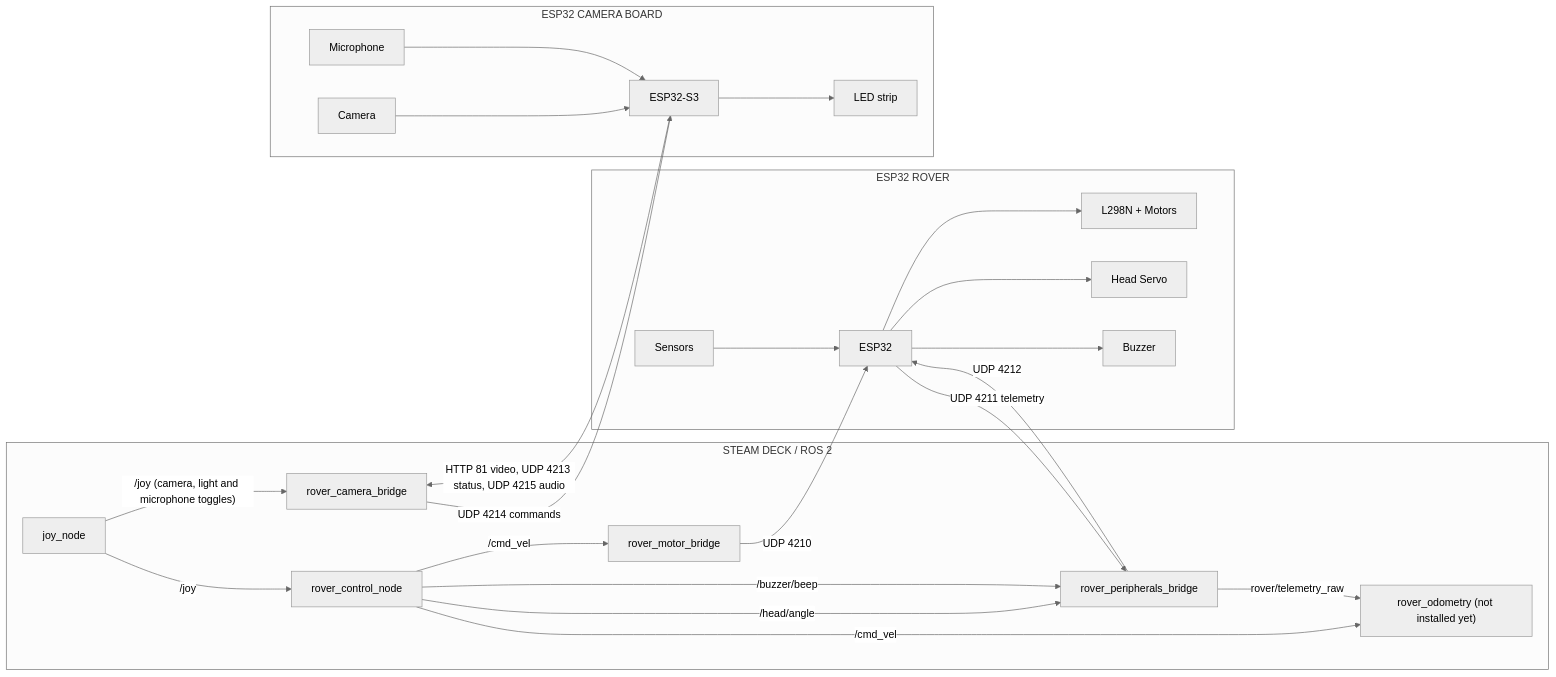
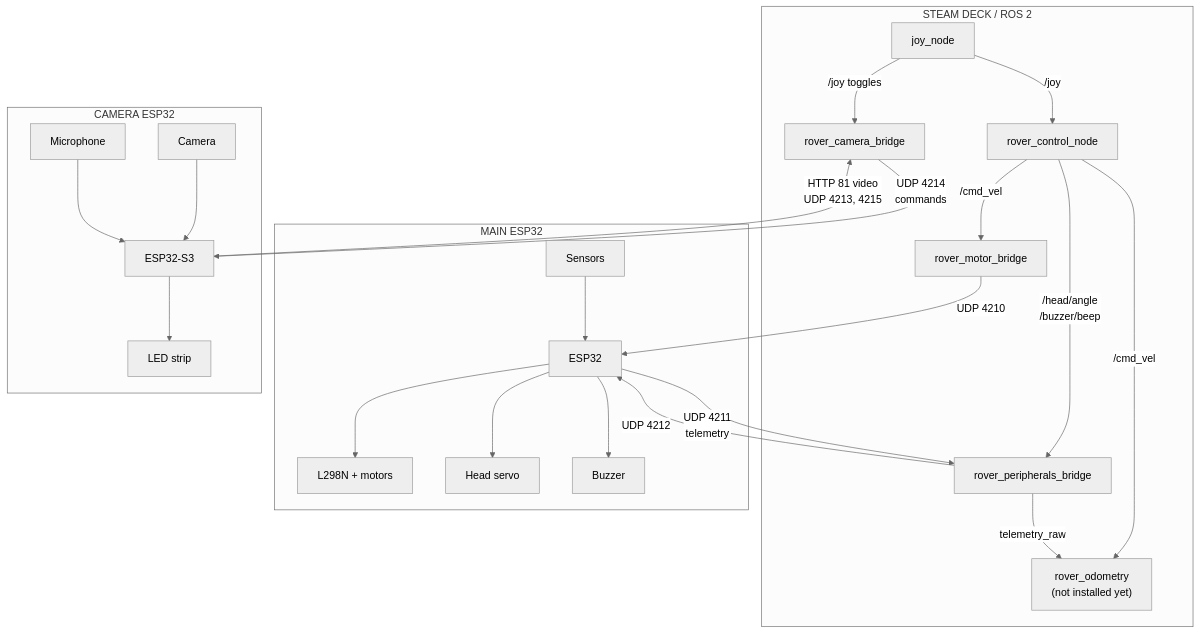
Before and after one commit to SolarSpore/Esp32-Autonomous-Rover-2026: the diagram in README.md, drawn with Mermaid (neutral theme).

````diff
--- a/README.md
+++ b/README.md
@@ -72,50 +72,48 @@
 ```mermaid
-flowchart LR
+flowchart TB
     subgraph ROS["STEAM DECK / ROS 2"]
         JOY["joy_node"]
         CONTROL["rover_control_node"]
         MOTOR["rover_motor_bridge"]
         PERIPH["rover_peripherals_bridge"]
         CAMBR["rover_camera_bridge"]
-        ODOM["rover_odometry (not installed yet)"]
+        ODOM["rover_odometry<br/>(not installed yet)"]
 
         JOY -->|"/joy"| CONTROL
-        JOY -->|"/joy (camera, light and microphone toggles)"| CAMBR
+        JOY -->|"/joy toggles"| CAMBR
         CONTROL -->|"/cmd_vel"| MOTOR
-        CONTROL -->|"/head/angle"| PERIPH
-        CONTROL -->|"/buzzer/beep"| PERIPH
+        CONTROL -->|"/head/angle<br/>/buzzer/beep"| PERIPH
         CONTROL -->|"/cmd_vel"| ODOM
-        PERIPH -->|"rover/telemetry_raw"| ODOM
+        PERIPH -->|"telemetry_raw"| ODOM
     end
 
-    subgraph ESP["ESP32 ROVER"]
+    subgraph ESP["MAIN ESP32"]
         MCU["ESP32"]
-        MOTORS["L298N + Motors"]
-        HEAD["Head Servo"]
+        MOTORS["L298N + motors"]
+        HEAD["Head servo"]
         BUZZ["Buzzer"]
         SENSOR["Sensors"]
 
         MCU --> MOTORS
         MCU --> HEAD
         MCU --> BUZZ
         SENSOR --> MCU
     end
 
-    MOTOR -->|"UDP 4210"| MCU
-    PERIPH -->|"UDP 4212"| MCU
-    MCU -->|"UDP 4211 telemetry"| PERIPH
-
-    subgraph CAMESP["ESP32 CAMERA BOARD"]
+    subgraph CAMESP["CAMERA ESP32"]
         CAMMCU["ESP32-S3"]
         CAMERA["Camera"]
         MIC["Microphone"]
         LEDS["LED strip"]
 
         CAMERA --> CAMMCU
         MIC --> CAMMCU
         CAMMCU --> LEDS
     end
 
-    CAMBR -->|"UDP 4214 commands"| CAMMCU
-    CAMMCU -->|"HTTP 81 video, UDP 4213 status, UDP 4215 audio"| CAMBR
+    MOTOR -->|"UDP 4210"| MCU
+    PERIPH -->|"UDP 4212"| MCU
+    MCU -->|"UDP 4211<br/>telemetry"| PERIPH
+    CAMBR -->|"UDP 4214<br/>commands"| CAMMCU
+    CAMMCU -->|"HTTP 81 video<br/>UDP 4213, 4215"| CAMBR
 ```
````
